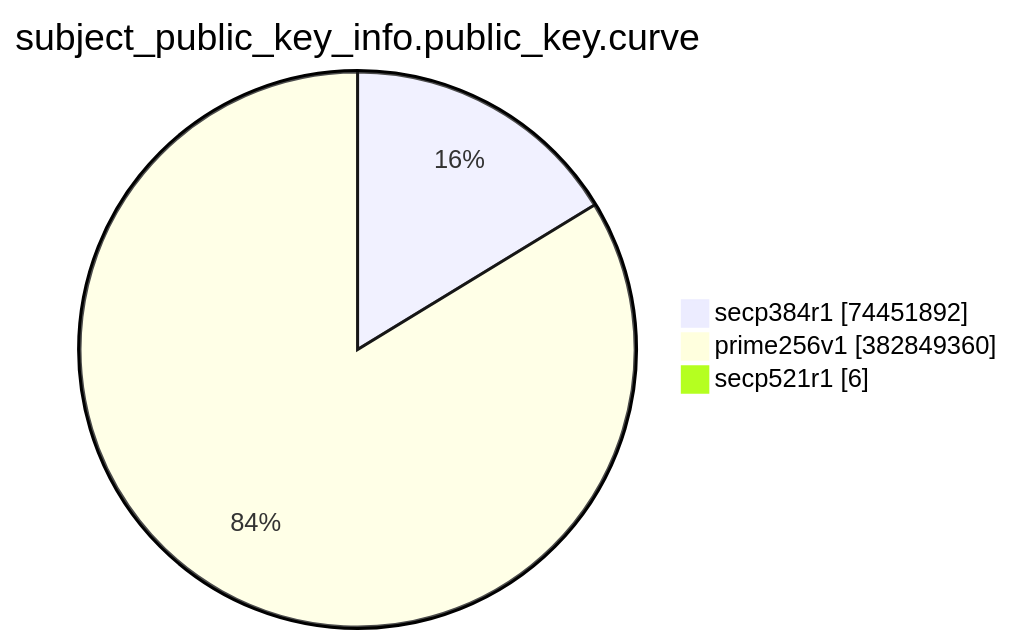
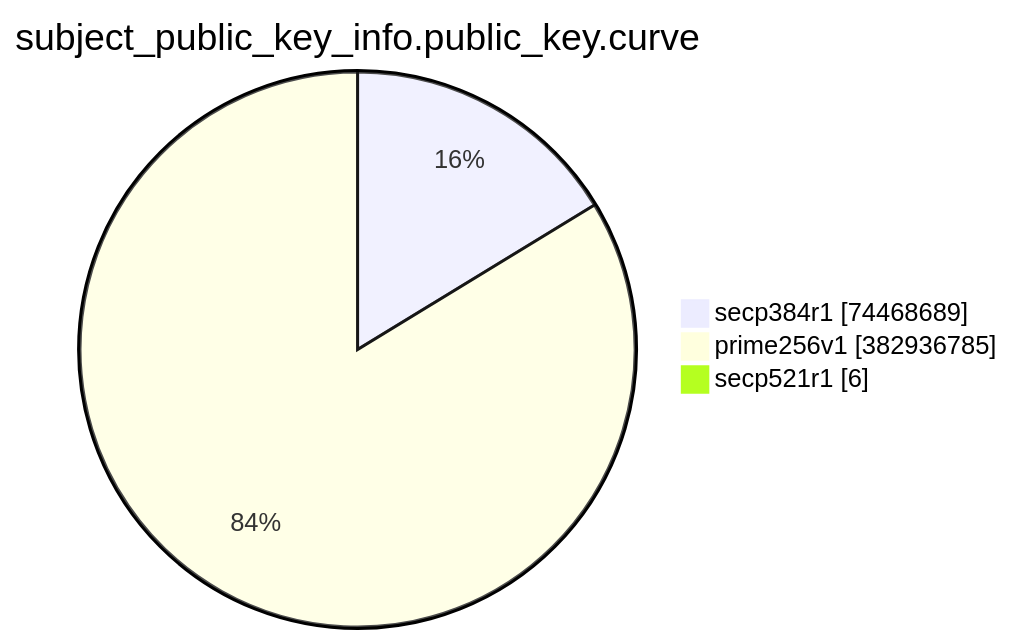
The eighth of 15 diagrams in TOTAL/README.md (christiankrug/ctmonitor_visualization), drawn with Mermaid before and after one commit. The commit also changed other lines of this file, not shown here.

````diff
--- a/TOTAL/README.md
+++ b/TOTAL/README.md
@@ -3094,7 +3094,7 @@
 ```mermaid
 pie showData
 title subject_public_key_info.public_key.curve
-"secp384r1" :74451892
-"prime256v1" :382849360
+"secp384r1" :74468689
+"prime256v1" :382936785
 "secp521r1" :6
 ```
````
